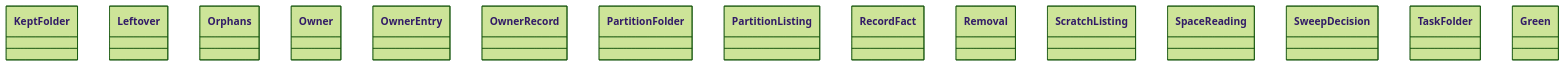
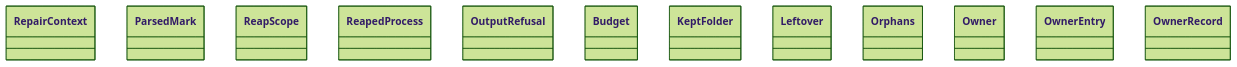
Before and after one commit to GonzaloZevallos/agentic-system: the diagram in docs/architecture/generated/classes-process-domain-machine-2.md, drawn with Mermaid (forest theme). The commit also changed other lines of this file and 33 other files, not shown here.

````diff
--- a/docs/architecture/generated/classes-process-domain-machine-2.md
+++ b/docs/architecture/generated/classes-process-domain-machine-2.md
@@ -32,18 +33,15 @@
 ```mermaid
 classDiagram
+    class output_repair__RepairContext["RepairContext"]
+    class reaping__ParsedMark["ParsedMark"]
+    class reaping__ReapScope["ReapScope"]
+    class reaping__ReapedProcess["ReapedProcess"]
+    class refusal__OutputRefusal["OutputRefusal"]
+    class retakes__Budget["Budget"]
     class scratch__KeptFolder["KeptFolder"]
     class scratch__Leftover["Leftover"]
     class scratch__Orphans["Orphans"]
     class scratch__Owner["Owner"]
     class scratch__OwnerEntry["OwnerEntry"]
     class scratch__OwnerRecord["OwnerRecord"]
-    class scratch__PartitionFolder["PartitionFolder"]
-    class scratch__PartitionListing["PartitionListing"]
-    class scratch__RecordFact["RecordFact"]
-    class scratch__Removal["Removal"]
-    class scratch__ScratchListing["ScratchListing"]
-    class scratch__SpaceReading["SpaceReading"]
-    class scratch__SweepDecision["SweepDecision"]
-    class scratch__TaskFolder["TaskFolder"]
-    class stage0_rotation__Green["Green"]
 ```
````
